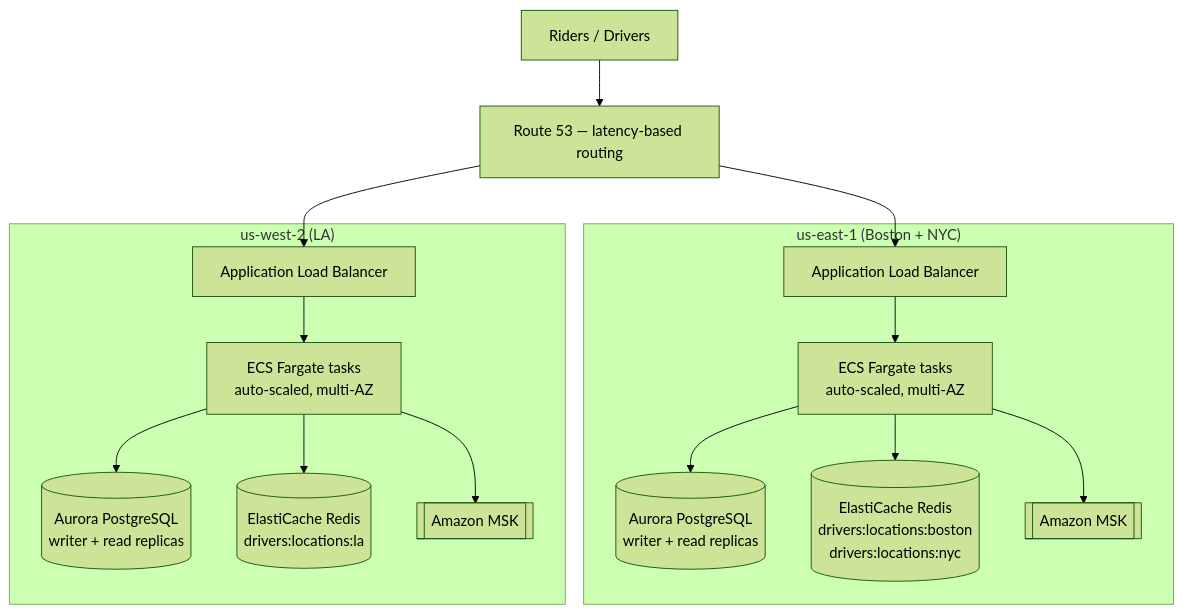
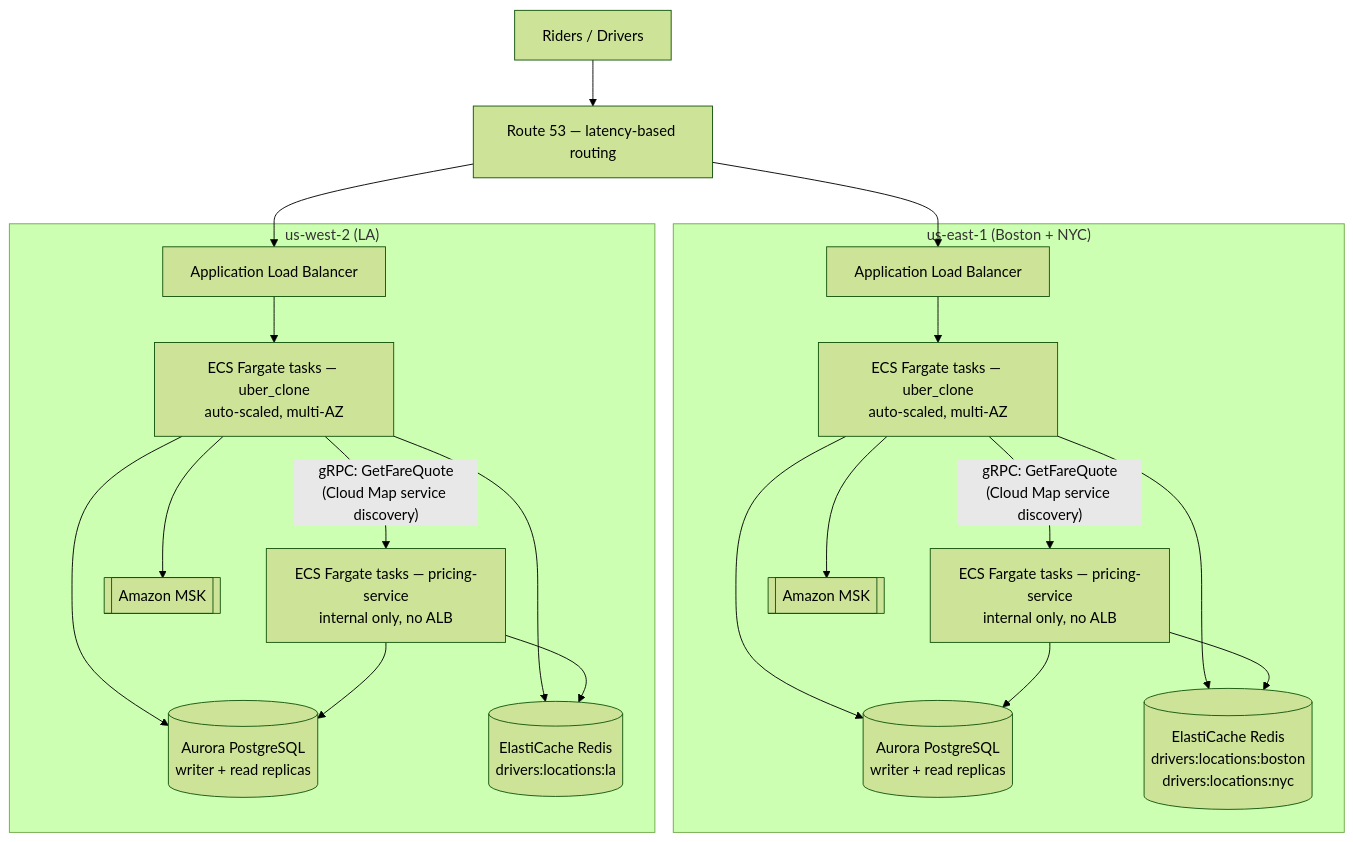
The diagram in README.md (alias8/uber_clone), drawn with Mermaid (forest theme) before and after one commit. The commit also changed other lines of this file and 20 other files, not shown here.

Commit message:
migrate the surge pricing into a separate service, use gprc to communicate

````diff
--- a/README.md
+++ b/README.md
@@ -46,36 +58,44 @@
 ```mermaid
 flowchart TB
     riders["Riders / Drivers"]
     r53["Route 53 — latency-based routing"]
 
     riders --> r53
 
     subgraph useast1["us-east-1 (Boston + NYC)"]
         alb1["Application Load Balancer"]
-        ecs1["ECS Fargate tasks<br/>auto-scaled, multi-AZ"]
+        ecs1["ECS Fargate tasks — uber_clone<br/>auto-scaled, multi-AZ"]
+        pricing1["ECS Fargate tasks — pricing-service<br/>internal only, no ALB"]
         aurora1[("Aurora PostgreSQL<br/>writer + read replicas")]
         redis1[("ElastiCache Redis<br/>drivers:locations:boston<br/>drivers:locations:nyc")]
         msk1[["Amazon MSK"]]
 
         alb1 --> ecs1
+        ecs1 -- "gRPC: GetFareQuote<br/>(Cloud Map service discovery)" --> pricing1
         ecs1 --> aurora1
         ecs1 --> redis1
         ecs1 --> msk1
+        pricing1 --> aurora1
+        pricing1 --> redis1
     end
 
     subgraph uswest2["us-west-2 (LA)"]
         alb2["Application Load Balancer"]
-        ecs2["ECS Fargate tasks<br/>auto-scaled, multi-AZ"]
+        ecs2["ECS Fargate tasks — uber_clone<br/>auto-scaled, multi-AZ"]
+        pricing2["ECS Fargate tasks — pricing-service<br/>internal only, no ALB"]
         aurora2[("Aurora PostgreSQL<br/>writer + read replicas")]
         redis2[("ElastiCache Redis<br/>drivers:locations:la")]
         msk2[["Amazon MSK"]]
 
         alb2 --> ecs2
+        ecs2 -- "gRPC: GetFareQuote<br/>(Cloud Map service discovery)" --> pricing2
         ecs2 --> aurora2
         ecs2 --> redis2
         ecs2 --> msk2
+        pricing2 --> aurora2
+        pricing2 --> redis2
     end
 
     r53 --> alb1
     r53 --> alb2
 ```
````
